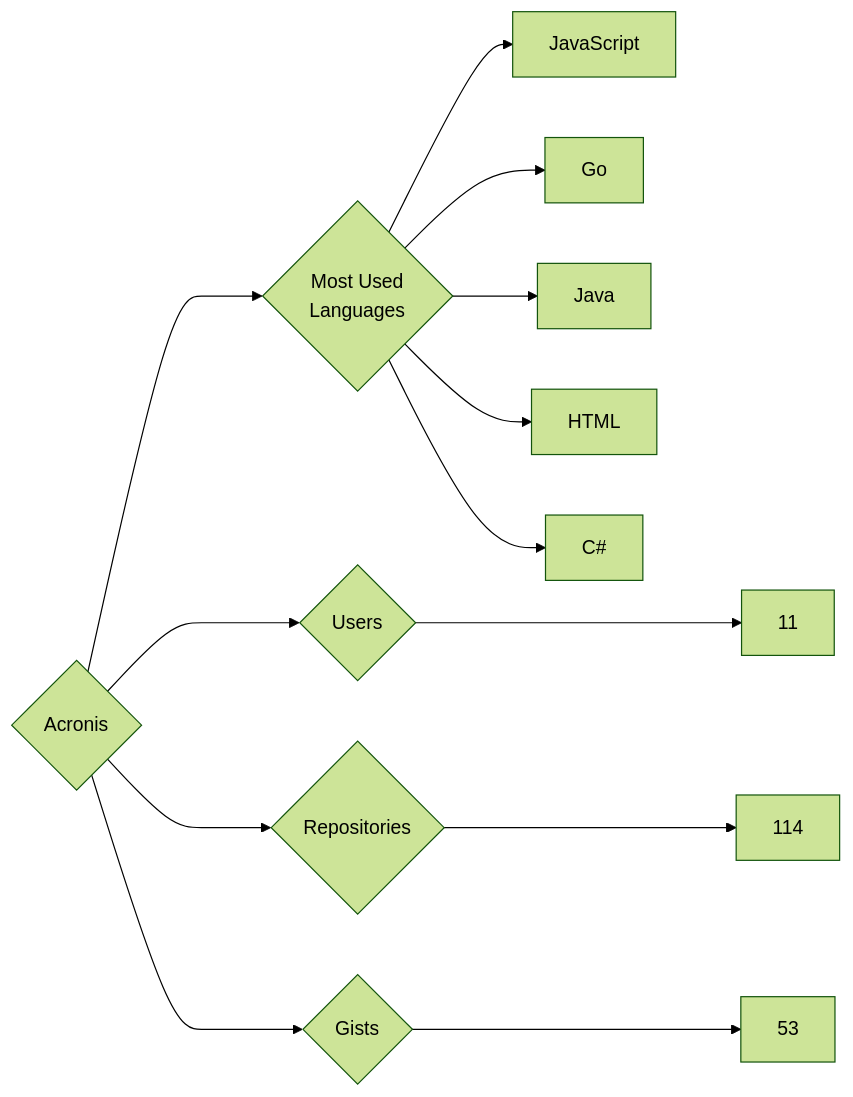
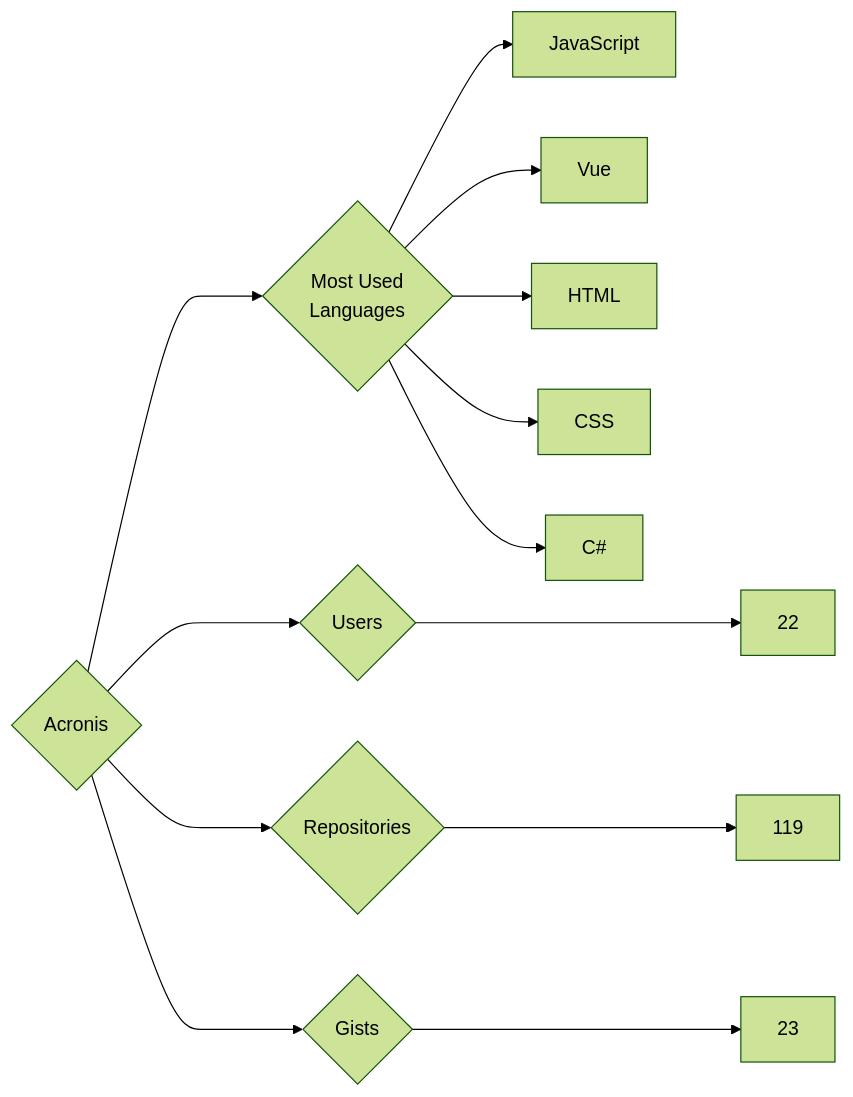
The diagram in targets/Acronis/README.md (trickest/insiders), drawn with Mermaid (forest theme) before and after one commit. The commit also changed 782 other files, not shown here.

````diff
--- a/targets/Acronis/README.md
+++ b/targets/Acronis/README.md
@@ -3,13 +3,13 @@
 ```mermaid
 graph LR
 COMPANY_NAME{Acronis}
-COMPANY_NAME ---> U{Users} ---> UN[11]
-COMPANY_NAME ---> R{Repositories} ---> RN[114]
-COMPANY_NAME ---> G{Gists} ---> GN[53]
+COMPANY_NAME ---> U{Users} ---> UN[22]
+COMPANY_NAME ---> R{Repositories} ---> RN[119]
+COMPANY_NAME ---> G{Gists} ---> GN[23]
 COMPANY_NAME ---> ML{Most Used<br>Languages}
 ML --> JavaScript[JavaScript]
-ML --> Go[Go]
-ML --> Java[Java]
+ML --> Vue[Vue]
 ML --> HTML[HTML]
+ML --> CSS[CSS]
 ML --> C#[C#]
 ```
````
